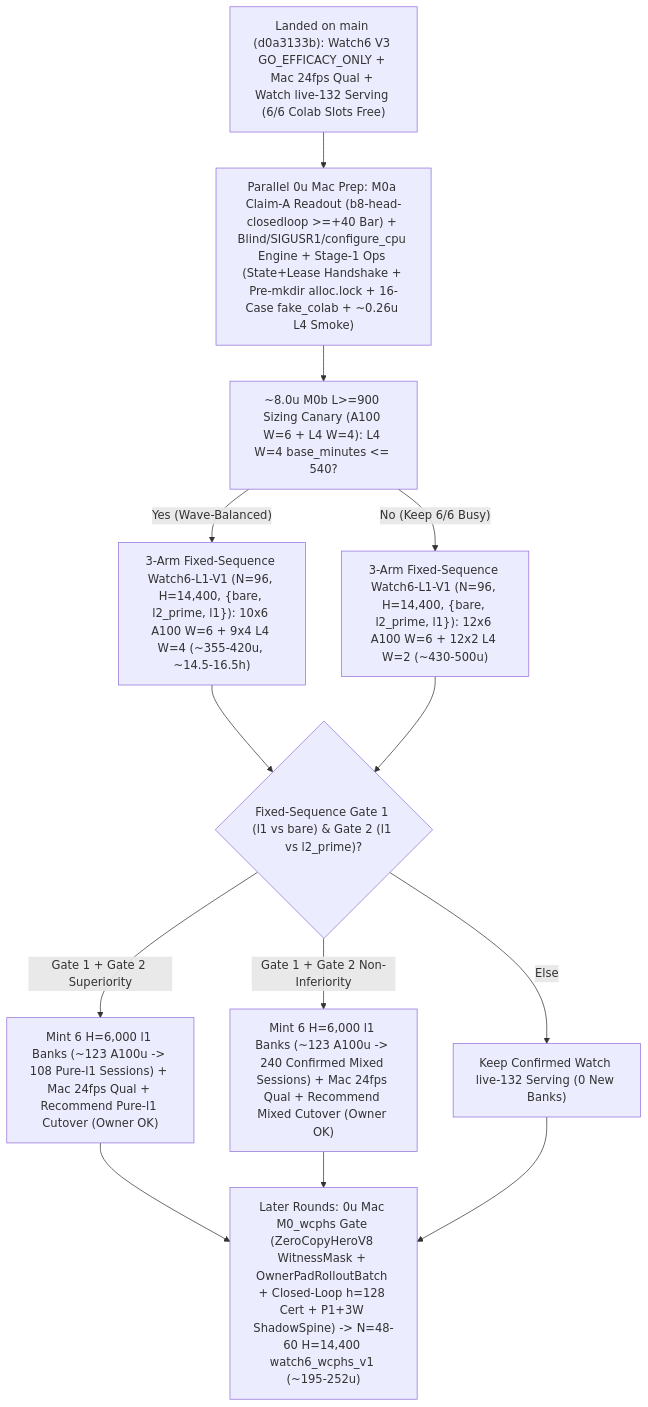
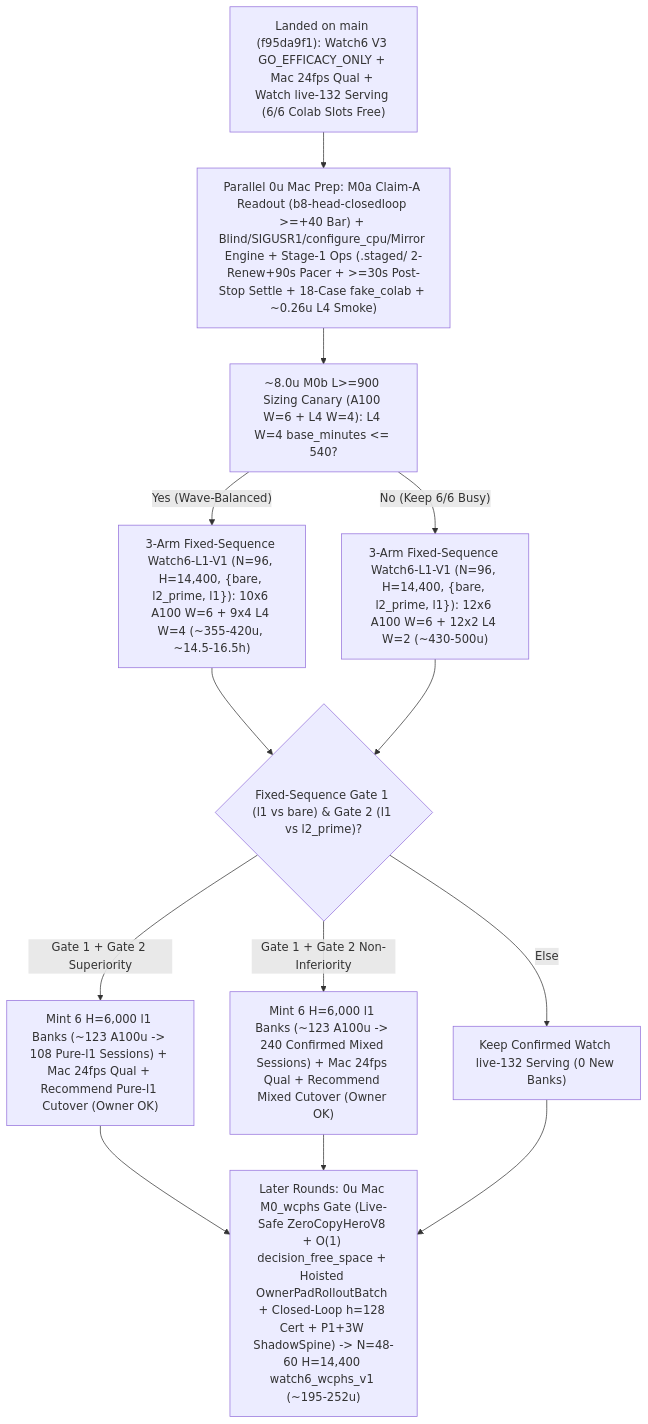
The diagram in docs/research/ROADMAP.md (josenunezwork/snake-dqn), drawn with Mermaid before and after one commit. The commit also changed other lines of this file, not shown here.

Commit message:
docs(roadmap): fold in round-20 synthesis as current and later-round advice

````diff
--- a/docs/research/ROADMAP.md
+++ b/docs/research/ROADMAP.md
@@ -106,15 +106,15 @@
 ```mermaid
 flowchart TD
-    LIVE["Landed on main (d0a3133b): Watch6 V3 GO_EFFICACY_ONLY + Mac 24fps Qual + Watch live-132 Serving (6/6 Colab Slots Free)"] --> PREP["Parallel 0u Mac Prep: M0a Claim-A Readout (b8-head-closedloop >=+40 Bar) + Blind/SIGUSR1/configure_cpu Engine + Stage-1 Ops (State+Lease Handshake + Pre-mkdir alloc.lock + 16-Case fake_colab + ~0.26u L4 Smoke)"]
+    LIVE["Landed on main (f95da9f1): Watch6 V3 GO_EFFICACY_ONLY + Mac 24fps Qual + Watch live-132 Serving (6/6 Colab Slots Free)"] --> PREP["Parallel 0u Mac Prep: M0a Claim-A Readout (b8-head-closedloop >=+40 Bar) + Blind/SIGUSR1/configure_cpu/Mirror Engine + Stage-1 Ops (.staged/ 2-Renew+90s Pacer + >=30s Post-Stop Settle + 18-Case fake_colab + ~0.26u L4 Smoke)"]
     PREP --> M0B["~8.0u M0b L>=900 Sizing Canary (A100 W=6 + L4 W=4): L4 W=4 base_minutes <= 540?"]
     M0B -- "Yes (Wave-Balanced)" --> V1A["3-Arm Fixed-Sequence Watch6-L1-V1 (N=96, H=14,400, {bare, l2_prime, l1}): 10x6 A100 W=6 + 9x4 L4 W=4 (~355-420u, ~14.5-16.5h)"]
     M0B -- "No (Keep 6/6 Busy)" --> V1B["3-Arm Fixed-Sequence Watch6-L1-V1 (N=96, H=14,400, {bare, l2_prime, l1}): 12x6 A100 W=6 + 12x2 L4 W=2 (~430-500u)"]
     V1A --> GATES{"Fixed-Sequence Gate 1 (l1 vs bare) & Gate 2 (l1 vs l2_prime)?"}
     V1B --> GATES
     GATES -- "Gate 1 + Gate 2 Superiority" --> SUP["Mint 6 H=6,000 l1 Banks (~123 A100u -> 108 Pure-l1 Sessions) + Mac 24fps Qual + Recommend Pure-l1 Cutover (Owner OK)"]
     GATES -- "Gate 1 + Gate 2 Non-Inferiority" --> NI["Mint 6 H=6,000 l1 Banks (~123 A100u -> 240 Confirmed Mixed Sessions) + Mac 24fps Qual + Recommend Mixed Cutover (Owner OK)"]
     GATES -- "Else" --> KEEP["Keep Confirmed Watch live-132 Serving (0 New Banks)"]
-    SUP --> LATER["Later Rounds: 0u Mac M0_wcphs Gate (ZeroCopyHeroV8 WitnessMask + OwnerPadRolloutBatch + Closed-Loop h=128 Cert + P1+3W ShadowSpine) -> N=48-60 H=14,400 watch6_wcphs_v1 (~195-252u)"]
+    SUP --> LATER["Later Rounds: 0u Mac M0_wcphs Gate (Live-Safe ZeroCopyHeroV8 + O(1) decision_free_space + Hoisted OwnerPadRolloutBatch + Closed-Loop h=128 Cert + P1+3W ShadowSpine) -> N=48-60 H=14,400 watch6_wcphs_v1 (~195-252u)"]
     NI --> LATER
     KEEP --> LATER
 ```
````
